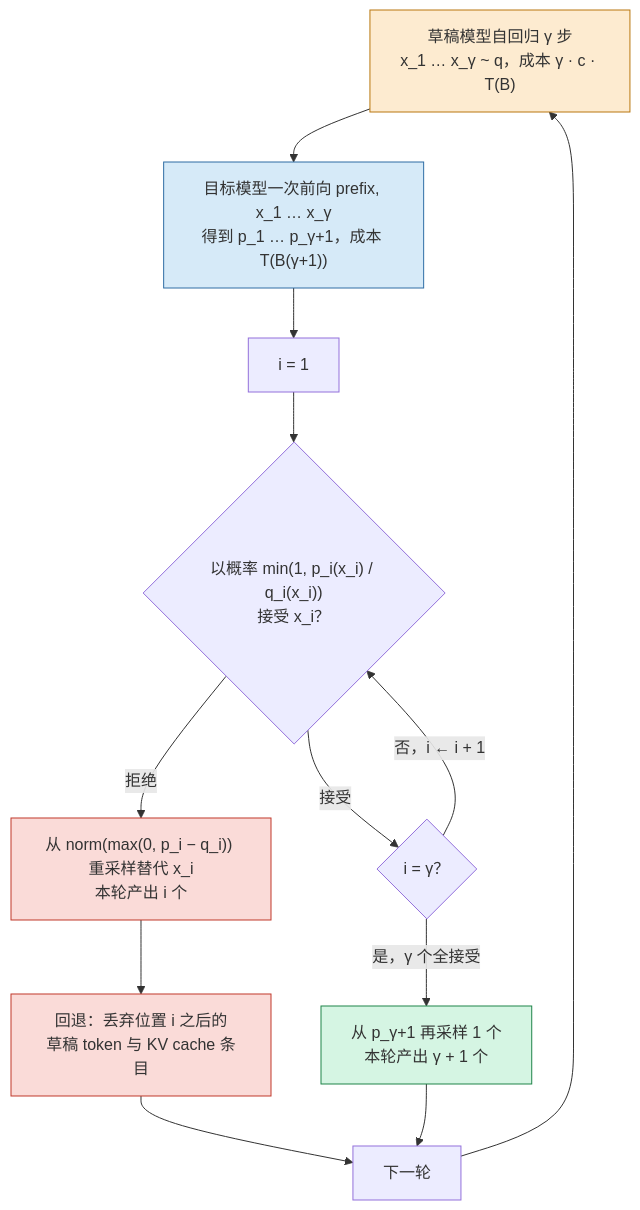
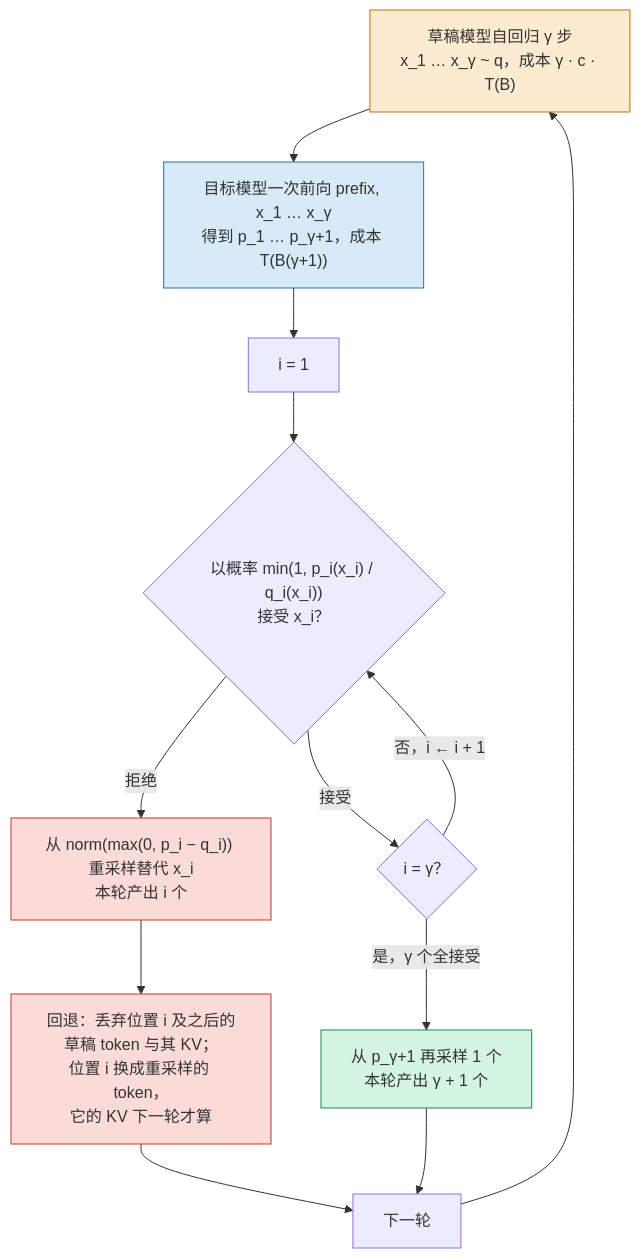
Before and after one commit to arganzheng/arganzheng.github.com: the second of 3 diagrams in _posts/2026-04-08-quantization-speculative-decoding-and-lora.md, drawn with Mermaid. The commit also changed other lines of this file and 9 other files, not shown here.

````diff
--- a/_posts/2026-04-08-quantization-speculative-decoding-and-lora.md
+++ b/_posts/2026-04-08-quantization-speculative-decoding-and-lora.md
@@ -353,22 +356,22 @@
 ```mermaid
 flowchart TB
     dr["草稿模型自回归 γ 步<br/>x_1 … x_γ ~ q，成本 γ · c · T(B)"] --> vf["目标模型一次前向 prefix, x_1 … x_γ<br/>得到 p_1 … p_γ+1，成本 T(B(γ+1))"]
     vf --> i1["i = 1"]
     i1 --> acc{"以概率 min(1, p_i(x_i) / q_i(x_i))<br/>接受 x_i？"}
     acc -->|"接受"| more{"i = γ？"}
     more -->|"否，i ← i + 1"| acc
     more -->|"是，γ 个全接受"| bonus["从 p_γ+1 再采样 1 个<br/>本轮产出 γ + 1 个"]
     acc -->|"拒绝"| rs["从 norm(max(0, p_i − q_i)) 重采样替代 x_i<br/>本轮产出 i 个"]
-    rs --> rb["回退：丢弃位置 i 之后的<br/>草稿 token 与 KV cache 条目"]
+    rs --> rb["回退：丢弃位置 i 及之后的草稿 token 与其 KV；<br/>位置 i 换成重采样的 token，<br/>它的 KV 下一轮才算"]
     rb --> nx["下一轮"]
     bonus --> nx
     nx --> dr
     classDef draft fill:#fdebd0,stroke:#b9770e;
     classDef target fill:#d6eaf8,stroke:#2e6da4;
     classDef ok fill:#d5f5e3,stroke:#1e8449;
     classDef bad fill:#fadbd8,stroke:#c0392b;
     class dr draft;
     class vf target;
     class bonus ok;
     class rs,rb bad;
 ```
````
